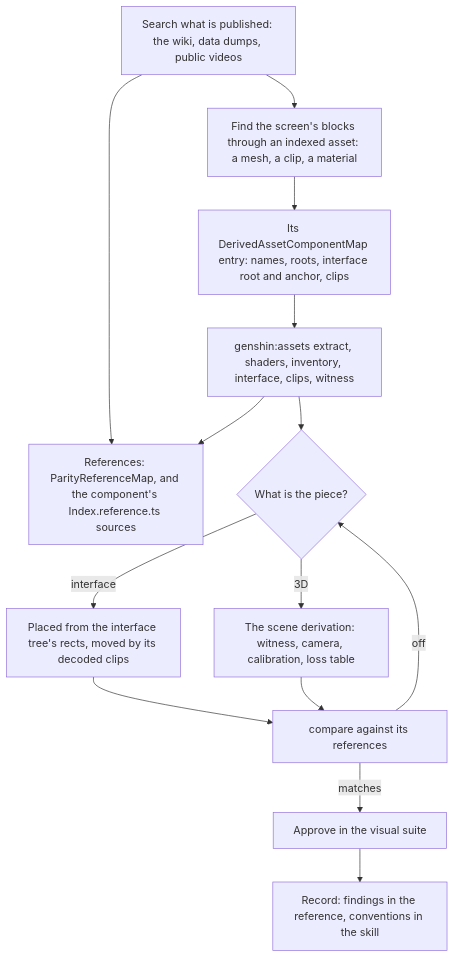
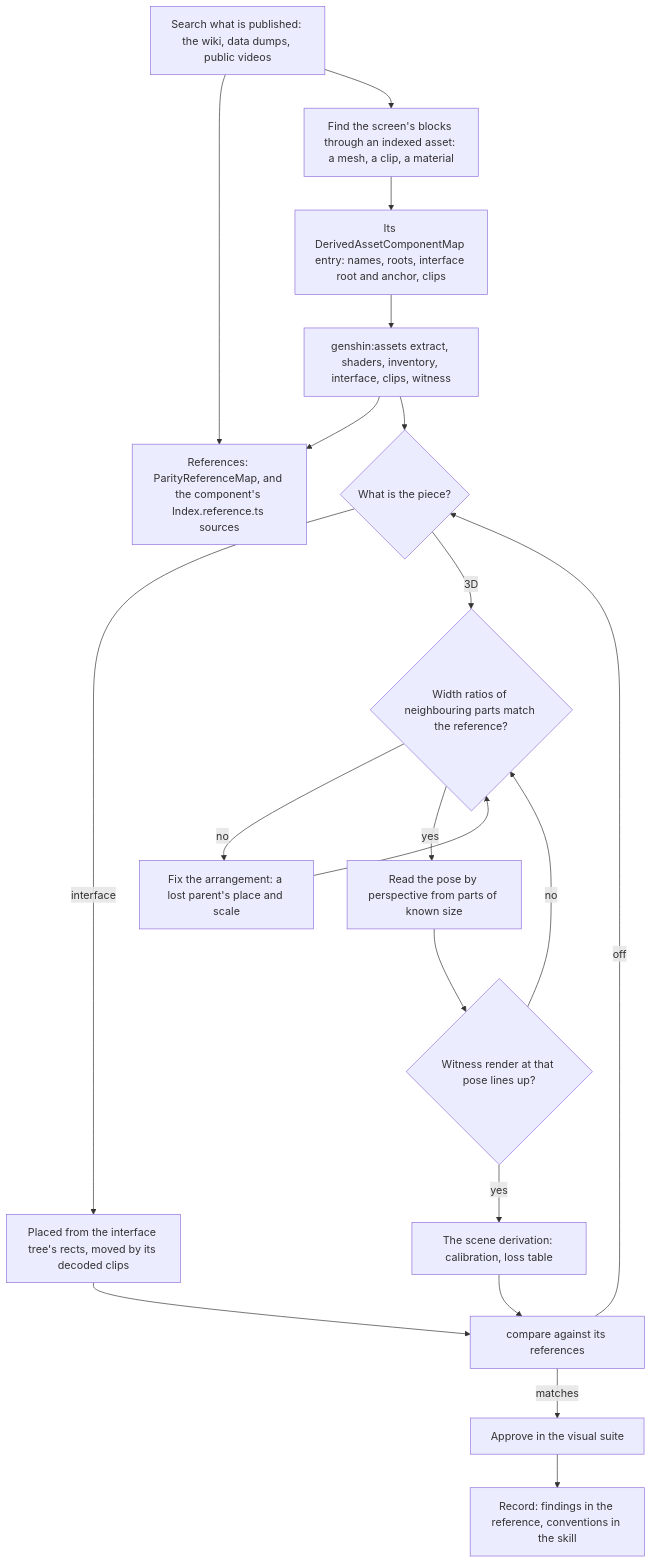
The second of 2 diagrams in apps/web/content/docs/genshin/parity.md (Esposter/Esposter), drawn with Mermaid before and after one commit. The commit also changed 1 other file, not shown here.

Commit message:
docs(genshin): a 3D screen's arrangement is checked by width ratios, then its pose read by perspective, before any solve
The derivation diagram gains the ratio check, the perspective pose and the witness check ahead of the scene
derivation, and the interface's reference records where the loading row, the prompt and the build string sit, the
recording's loading end, and the clips still to play.

````diff
--- a/apps/web/content/docs/genshin/parity.md
+++ b/apps/web/content/docs/genshin/parity.md
@@ -51,16 +51,22 @@
 ```mermaid
 flowchart TD
   P["Search what is published: the wiki, data dumps, public videos"] --> REF["References: ParityReferenceMap, and the component's Index.reference.ts sources"]
   P --> B["Find the screen's blocks through an indexed asset: a mesh, a clip, a material"]
   B --> MAP["Its DerivedAssetComponentMap entry: names, roots, interface root and anchor, clips"]
   MAP --> RUN["genshin:assets extract, shaders, inventory, interface, clips, witness"]
   RUN --> REF
   RUN --> K{What is the piece?}
   K -->|"interface"| UI["Placed from the interface tree's rects, moved by its decoded clips"]
-  K -->|"3D"| SD["The scene derivation: witness, camera, calibration, loss table"]
+  K -->|"3D"| AR{"Width ratios of neighbouring parts match the reference?"}
+  AR -->|no| PAR["Fix the arrangement: a lost parent's place and scale"]
+  PAR --> AR
+  AR -->|yes| POSE["Read the pose by perspective from parts of known size"]
+  POSE --> W{"Witness render at that pose lines up?"}
+  W -->|no| AR
+  W -->|yes| SD["The scene derivation: calibration, loss table"]
   UI --> C["compare against its references"]
   SD --> C
   C -->|off| K
   C -->|matches| V["Approve in the visual suite"]
   V --> R["Record: findings in the reference, conventions in the skill"]
 ```
````
